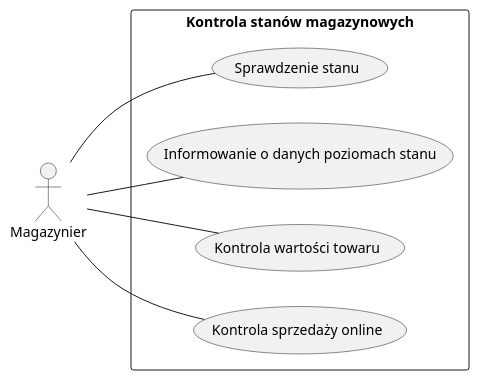
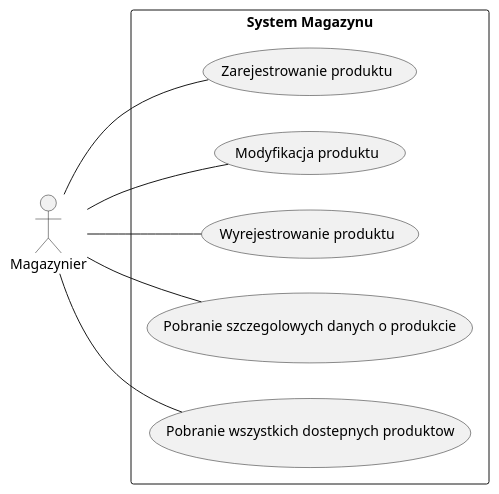
The eighth of 11 diagrams in src/Projekt systemu.md (pixellos/Agh.5.Psi), drawn with PlantUML before and after one commit. The commit also changed other lines of this file, not shown here.

````diff
--- a/src/Projekt systemu.md
+++ b/src/Projekt systemu.md
@@ -2002,13 +2277,14 @@
 ```plantuml X.X.X
 @startuml
 left to right direction
 skinparam packageStyle rectangle
 actor Magazynier
-rectangle "Kontrola stanów magazynowych" {
-    Magazynier -- (Sprawdzenie stanu)
-    Magazynier -- (Informowanie o danych poziomach stanu)
-    Magazynier -- (Kontrola wartości towaru)
-    Magazynier -- (Kontrola sprzedaży online)
+rectangle "System Magazynu" {
+    Magazynier -- (Zarejestrowanie produktu)
+	Magazynier -- (Modyfikacja produktu)
+	Magazynier -- (Wyrejestrowanie produktu)
+	Magazynier -- (Pobranie szczegolowych danych o produkcie)
+	Magazynier -- (Pobranie wszystkich dostepnych produktow)
 }
 @enduml
 ```
````
